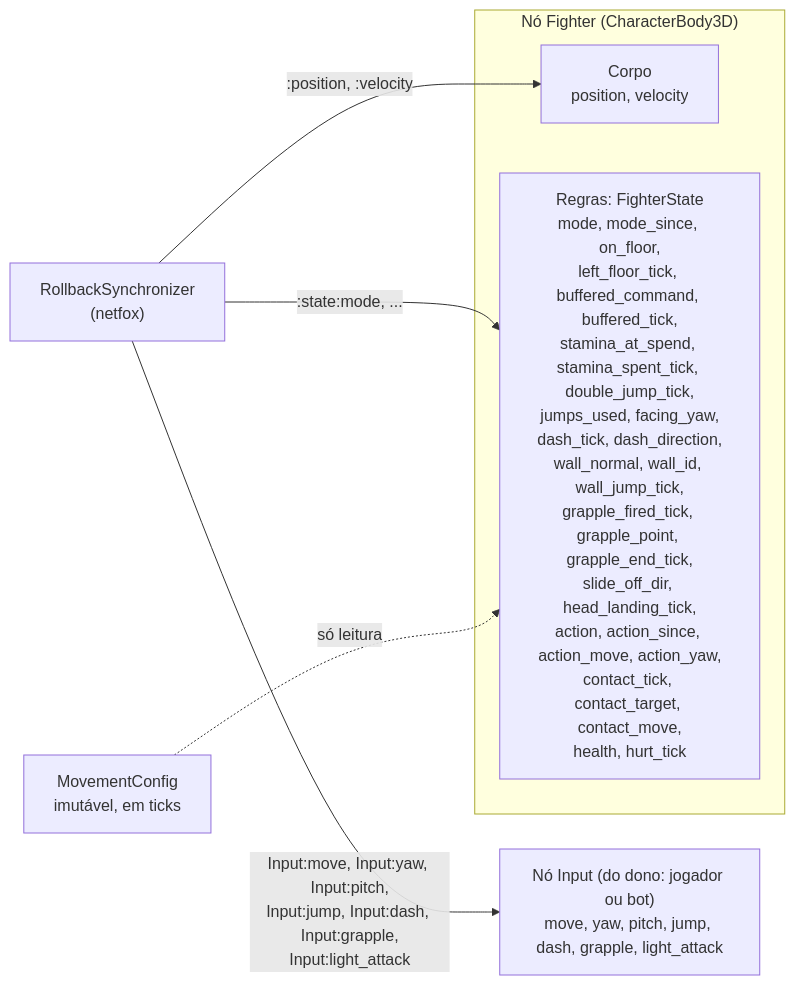
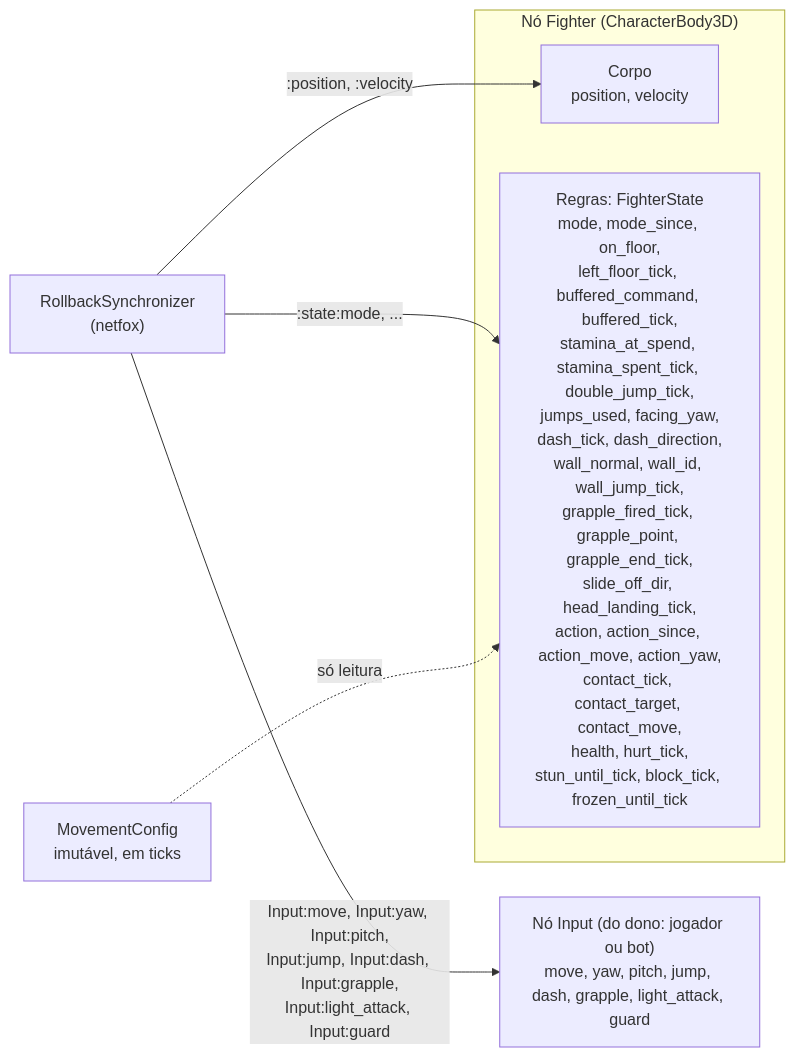
Before and after one commit to Kibryant/jogo-acrobatico: the second of 5 diagrams in docs/arquitetura/visao-geral.md, drawn with Mermaid. The commit also changed other lines of this file and 64 other files, not shown here.

````diff
--- a/docs/arquitetura/visao-geral.md
+++ b/docs/arquitetura/visao-geral.md
@@ -76,14 +76,14 @@
 ```mermaid
 flowchart LR
   subgraph fighter["Nó Fighter (CharacterBody3D)"]
     corpo["Corpo<br/>position, velocity"]
-    regras["Regras: FighterState<br/>mode, mode_since, on_floor,<br/>left_floor_tick, buffered_command, buffered_tick,<br/>stamina_at_spend, stamina_spent_tick, double_jump_tick,<br/>jumps_used, facing_yaw,<br/>dash_tick, dash_direction,<br/>wall_normal, wall_id, wall_jump_tick,<br/>grapple_fired_tick, grapple_point, grapple_end_tick,<br/>slide_off_dir, head_landing_tick,<br/>action, action_since, action_move, action_yaw,<br/>contact_tick, contact_target, contact_move,<br/>health, hurt_tick"]
+    regras["Regras: FighterState<br/>mode, mode_since, on_floor,<br/>left_floor_tick, buffered_command, buffered_tick,<br/>stamina_at_spend, stamina_spent_tick, double_jump_tick,<br/>jumps_used, facing_yaw,<br/>dash_tick, dash_direction,<br/>wall_normal, wall_id, wall_jump_tick,<br/>grapple_fired_tick, grapple_point, grapple_end_tick,<br/>slide_off_dir, head_landing_tick,<br/>action, action_since, action_move, action_yaw,<br/>contact_tick, contact_target, contact_move,<br/>health, hurt_tick,<br/>stun_until_tick, block_tick, frozen_until_tick"]
   end
-  input["Nó Input (do dono: jogador ou bot)<br/>move, yaw, pitch, jump, dash, grapple, light_attack"]
+  input["Nó Input (do dono: jogador ou bot)<br/>move, yaw, pitch, jump, dash, grapple, light_attack, guard"]
   config["MovementConfig<br/>imutável, em ticks"]
   rbs["RollbackSynchronizer<br/>(netfox)"]
   rbs -- ":position, :velocity" --> corpo
   rbs -- ":state:mode, ..." --> regras
-  rbs -- "Input:move, Input:yaw, Input:pitch,<br/>Input:jump, Input:dash, Input:grapple,<br/>Input:light_attack" --> input
+  rbs -- "Input:move, Input:yaw, Input:pitch,<br/>Input:jump, Input:dash, Input:grapple,<br/>Input:light_attack, Input:guard" --> input
   config -. "só leitura" .-> regras
 ```
````
